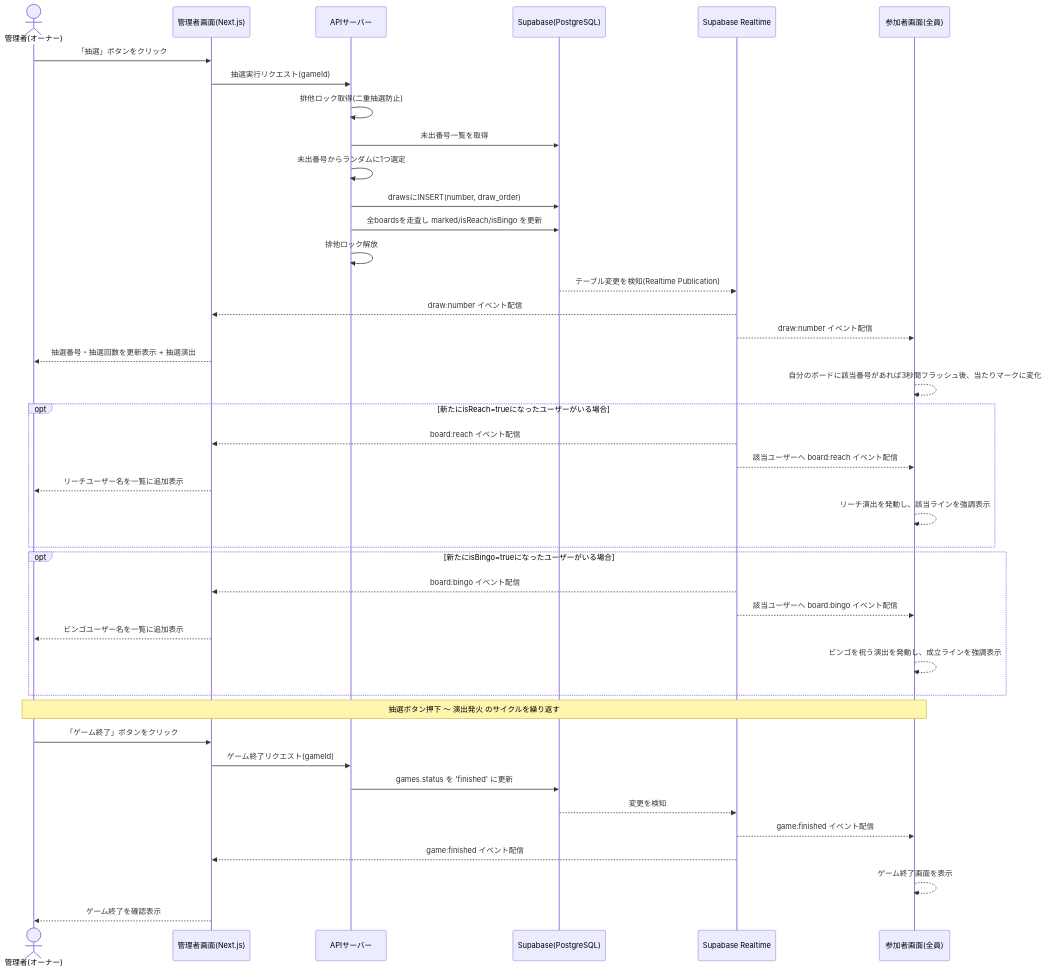
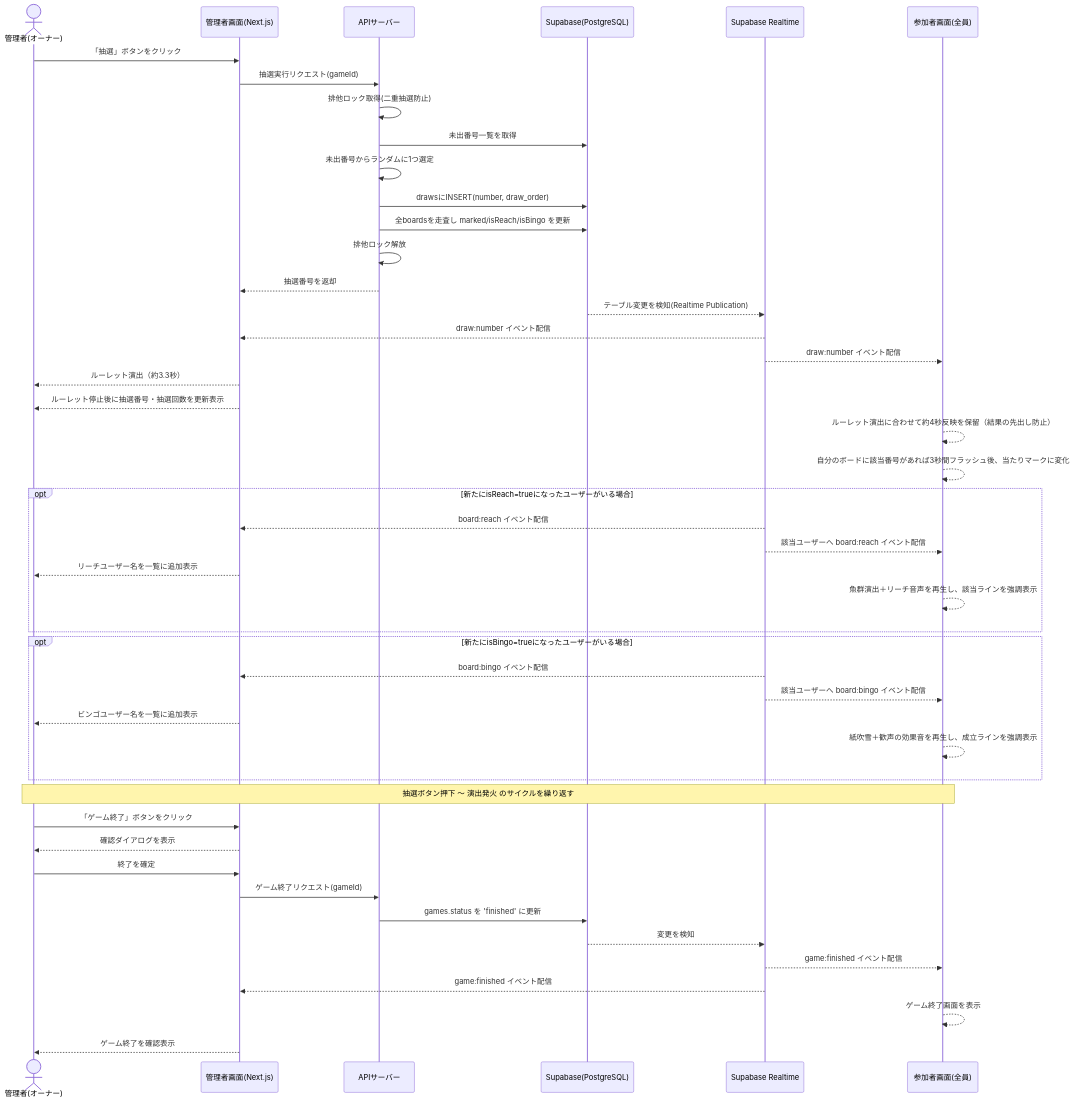
The third of 3 diagrams in README.md (ichitaka58/vivi-bingo), drawn with Mermaid before and after one commit. The commit also changed other lines of this file, not shown here.

````diff
--- a/README.md
+++ b/README.md
@@ -223,50 +241,56 @@
 ```mermaid
 sequenceDiagram
     actor O as 管理者(オーナー)
     participant AFE as 管理者画面(Next.js)
     participant API as APIサーバー
     participant DB as Supabase(PostgreSQL)
     participant RT as Supabase Realtime
     participant PFE as 参加者画面(全員)
 
     O->>AFE: 「抽選」ボタンをクリック
     AFE->>API: 抽選実行リクエスト(gameId)
     API->>API: 排他ロック取得(二重抽選防止)
     API->>DB: 未出番号一覧を取得
     API->>API: 未出番号からランダムに1つ選定
     API->>DB: drawsにINSERT(number, draw_order)
     API->>DB: 全boardsを走査し marked/isReach/isBingo を更新
     API->>API: 排他ロック解放
 
+    API-->>AFE: 抽選番号を返却
+
     DB-->>RT: テーブル変更を検知(Realtime Publication)
     RT-->>AFE: draw:number イベント配信
     RT-->>PFE: draw:number イベント配信
 
-    AFE-->>O: 抽選番号・抽選回数を更新表示 + 抽選演出
+    AFE-->>O: ルーレット演出（約3.3秒）
+    AFE-->>O: ルーレット停止後に抽選番号・抽選回数を更新表示
+    PFE-->>PFE: ルーレット演出に合わせて約4秒反映を保留（結果の先出し防止）
     PFE-->>PFE: 自分のボードに該当番号があれば3秒間フラッシュ後、当たりマークに変化
 
     opt 新たにisReach=trueになったユーザーがいる場合
         RT-->>AFE: board:reach イベント配信
         RT-->>PFE: 該当ユーザーへ board:reach イベント配信
         AFE-->>O: リーチユーザー名を一覧に追加表示
-        PFE-->>PFE: リーチ演出を発動し、該当ラインを強調表示
+        PFE-->>PFE: 魚群演出＋リーチ音声を再生し、該当ラインを強調表示
     end
 
     opt 新たにisBingo=trueになったユーザーがいる場合
         RT-->>AFE: board:bingo イベント配信
         RT-->>PFE: 該当ユーザーへ board:bingo イベント配信
         AFE-->>O: ビンゴユーザー名を一覧に追加表示
-        PFE-->>PFE: ビンゴを祝う演出を発動し、成立ラインを強調表示
+        PFE-->>PFE: 紙吹雪＋歓声の効果音を再生し、成立ラインを強調表示
     end
 
     Note over O,PFE: 抽選ボタン押下 〜 演出発火 のサイクルを繰り返す
 
     O->>AFE: 「ゲーム終了」ボタンをクリック
+    AFE-->>O: 確認ダイアログを表示
+    O->>AFE: 終了を確定
     AFE->>API: ゲーム終了リクエスト(gameId)
     API->>DB: games.status を 'finished' に更新
     DB-->>RT: 変更を検知
     RT-->>PFE: game:finished イベント配信
     RT-->>AFE: game:finished イベント配信
     PFE-->>PFE: ゲーム終了画面を表示
     AFE-->>O: ゲーム終了を確認表示
 ```
````
